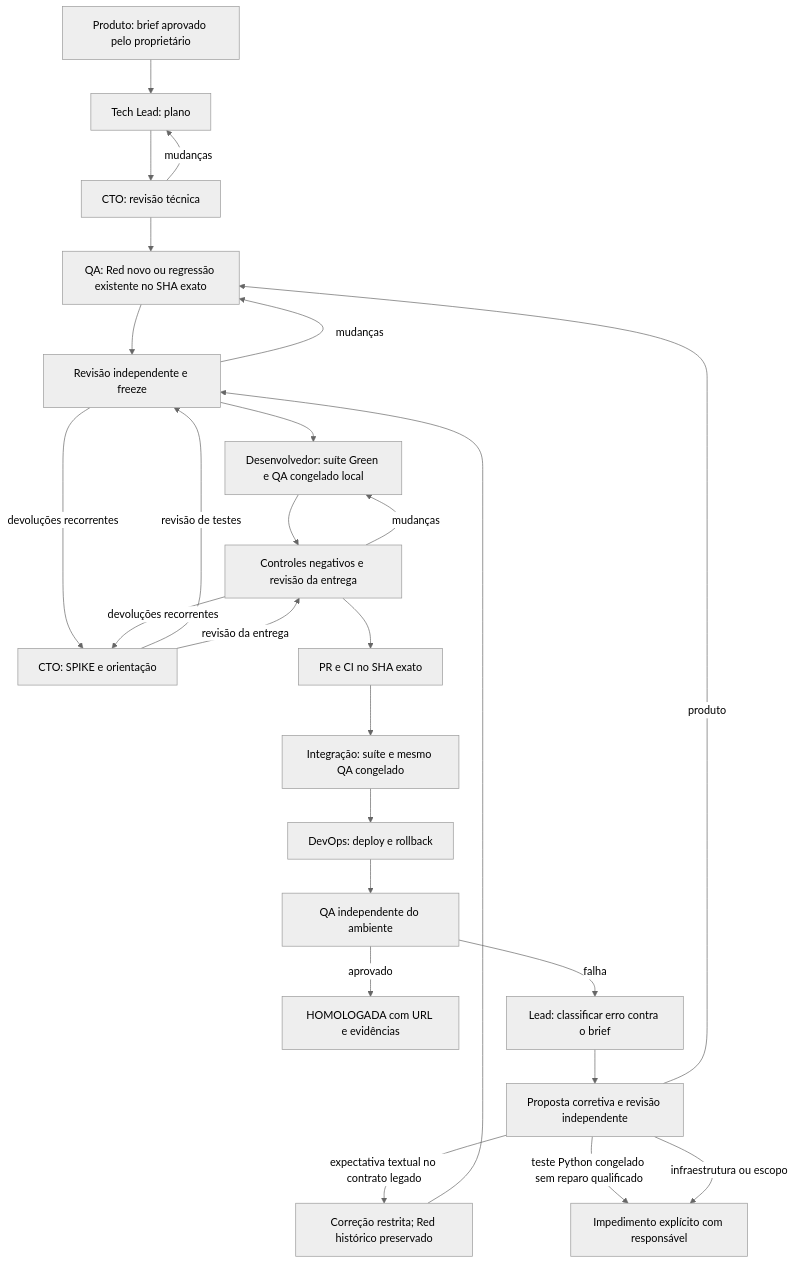
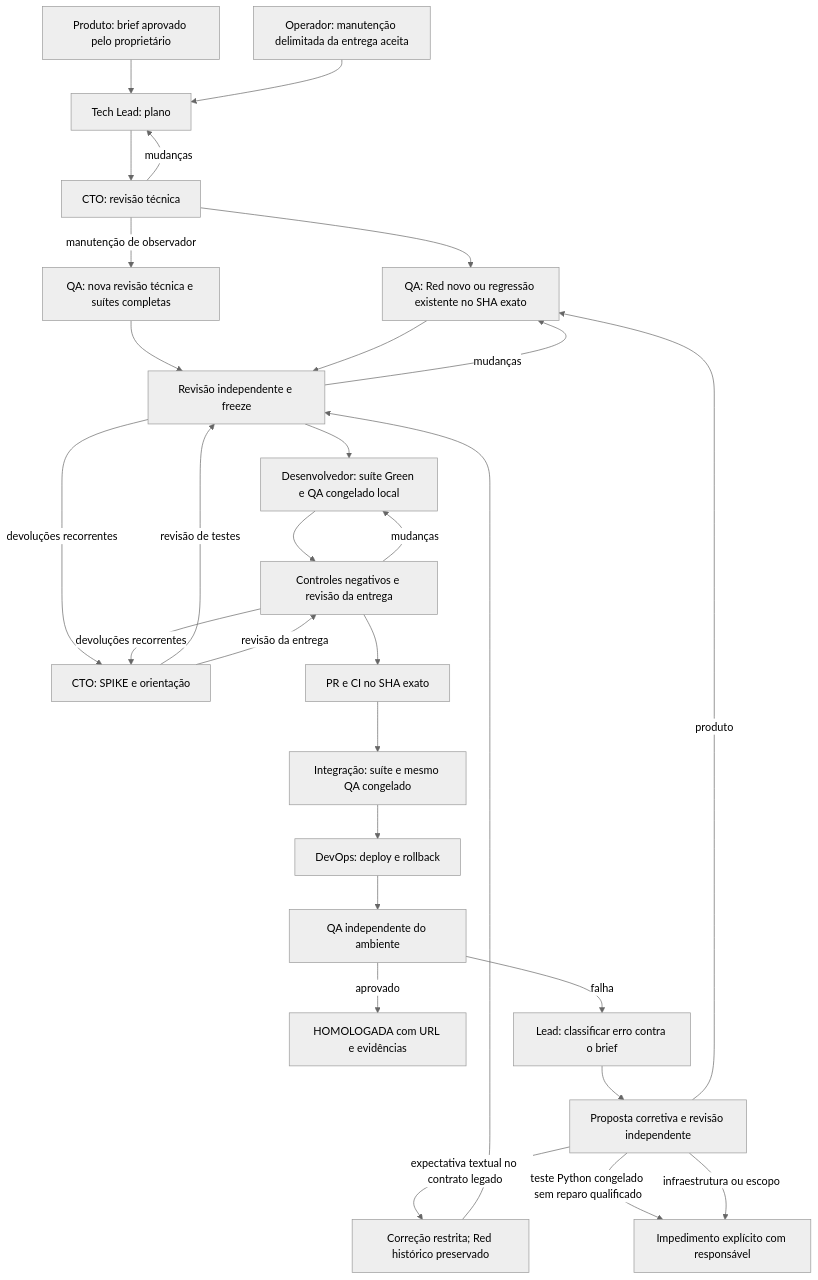
Before and after one commit to codifydeep/fabriquinha: the second of 4 diagrams in README.md, drawn with Mermaid (neutral theme). The commit also changed other lines of this file and 14 other files, not shown here.

````diff
--- a/README.md
+++ b/README.md
@@ -97,28 +97,31 @@
 ```mermaid
 flowchart TD
     B[Produto: brief aprovado pelo proprietário] --> P[Tech Lead: plano]
+    MA[Operador: manutenção delimitada da entrega aceita] --> P
     P --> C[CTO: revisão técnica]
     C -->|mudanças| P
     C --> T[QA: Red novo ou regressão existente no SHA exato]
+    C -->|manutenção de observador| MT[QA: nova revisão técnica e suítes completas]
+    MT --> F
     T --> F[Revisão independente e freeze]
     F -->|mudanças| T
     F --> I[Desenvolvedor: suíte Green e QA congelado local]
     I --> N[Controles negativos e revisão da entrega]
     N -->|mudanças| I
     F -->|devoluções recorrentes| ER[CTO: SPIKE e orientação]
     N -->|devoluções recorrentes| ER
     ER -->|revisão de testes| F
     ER -->|revisão da entrega| N
     N --> PR[PR e CI no SHA exato]
     PR --> M[Integração: suíte e mesmo QA congelado]
     M --> D[DevOps: deploy e rollback]
     D --> Q[QA independente do ambiente]
     Q -->|aprovado| H[HOMOLOGADA com URL e evidências]
     Q -->|falha| X[Lead: classificar erro contra o brief]
     X --> R[Proposta corretiva e revisão independente]
     R -->|produto| T
     R -->|expectativa textual no contrato legado| RT[Correção restrita; Red histórico preservado]
     RT --> F
     R -->|teste Python congelado sem reparo qualificado| E
     R -->|infraestrutura ou escopo| E[Impedimento explícito com responsável]
 ```
````
